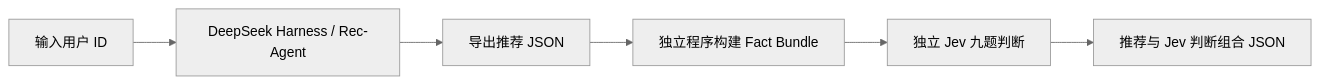
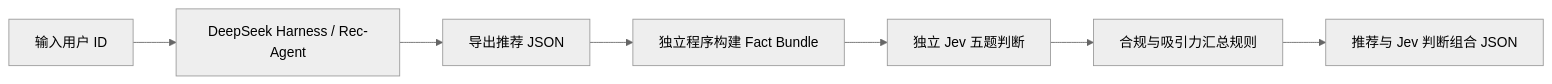
One commit to Qhf7/Rec-Agent changed the diagram in docs/STANDALONE_WORKFLOW.md. Above: the diagram before and after it, drawn with Mermaid (neutral theme). The commit also changed other lines of this file and 23 other files, not shown here.

````diff
--- a/docs/STANDALONE_WORKFLOW.md
+++ b/docs/STANDALONE_WORKFLOW.md
@@ -5,8 +5,9 @@
 ```mermaid
 flowchart LR
     A[输入用户 ID] --> B[DeepSeek Harness / Rec-Agent]
     B --> C[导出推荐 JSON]
     C --> D[独立程序构建 Fact Bundle]
-    D --> E[独立 Jev 九题判断]
-    E --> F[推荐与 Jev 判断组合 JSON]
+    D --> E[独立 Jev 五题判断]
+    E --> P[合规与吸引力汇总规则]
+    P --> F[推荐与 Jev 判断组合 JSON]
 ```
````
